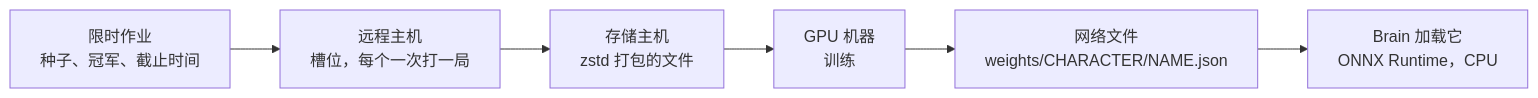
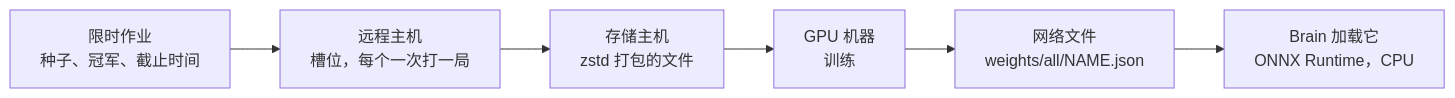
Before and after one commit to shinnku-nikaidou/spire-zero: the diagram in docs/src/content/docs/arch/learning/reference.mdx, drawn with Mermaid. The commit also changed other lines of this file and 87 other files, not shown here.

````diff
--- a/docs/src/content/docs/arch/learning/reference.mdx
+++ b/docs/src/content/docs/arch/learning/reference.mdx
@@ -14,8 +14,8 @@
 ```mermaid
 flowchart LR
   S["限时作业<br/>种子、冠军、截止时间"] --> W["远程主机<br/>槽位，每个一次打一局"]
   W --> H["存储主机<br/>zstd 打包的文件"]
   H --> T["GPU 机器<br/>训练"]
-  T --> WT["网络文件<br/>weights/CHARACTER/NAME.json"]
+  T --> WT["网络文件<br/>weights/all/NAME.json"]
   WT --> B["Brain 加载它<br/>ONNX Runtime，CPU"]
 ```
````
